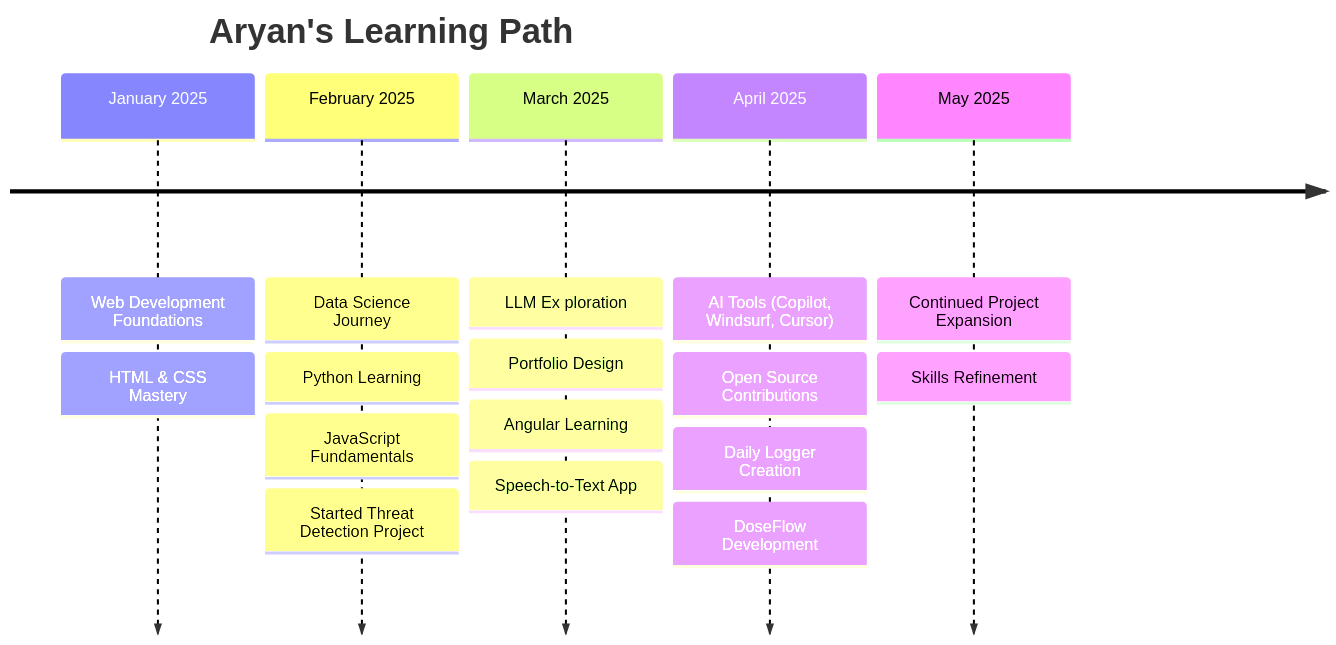
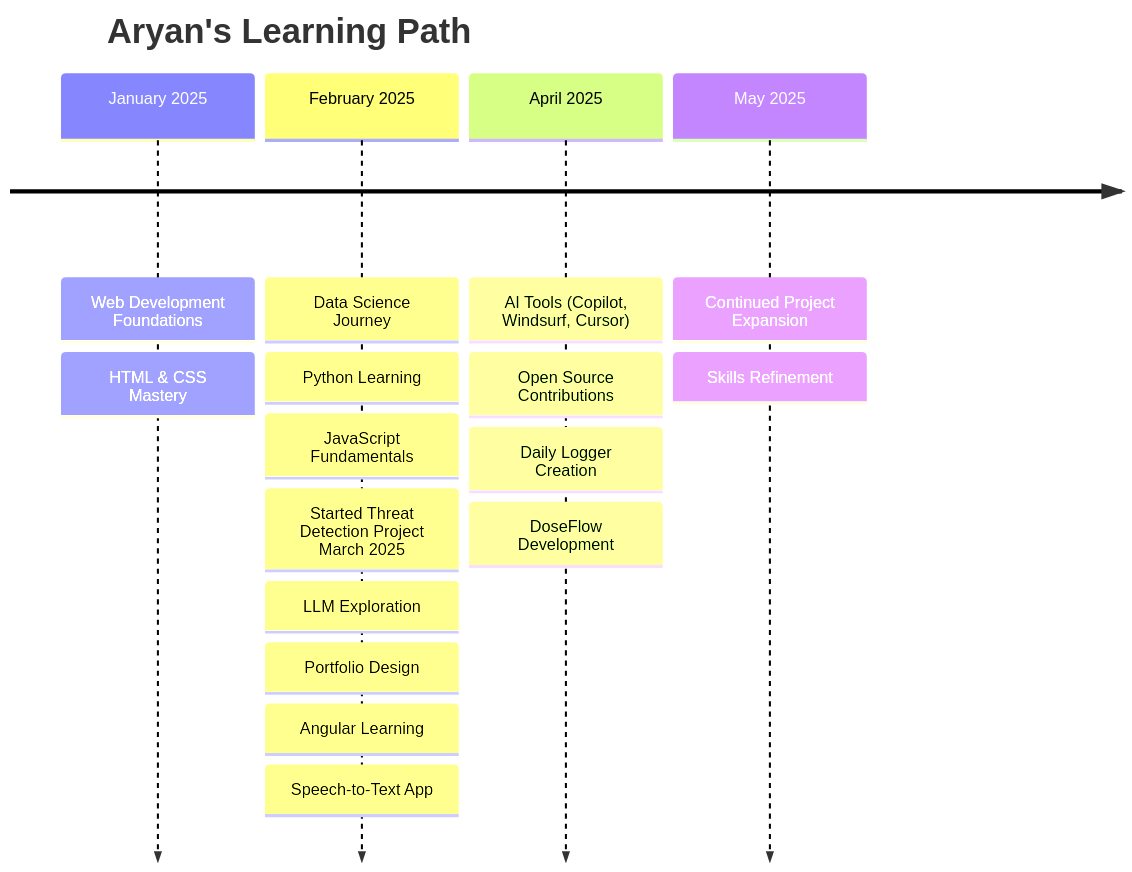
The diagram in README.md (aryan-dani/aryan-dani), drawn with Mermaid before and after one commit. The commit also changed other lines of this file, not shown here.

Commit message:
Update README.md: Consolidate timeline entries and adjust GitHub stats card to include all commits

````diff
--- a/README.md
+++ b/README.md
@@ -269,25 +269,24 @@
 ```mermaid
 timeline
     title Aryan's Learning Path
     January 2025
         : Web Development Foundations
         : HTML & CSS Mastery
     February 2025
         : Data Science Journey
         : Python Learning
         : JavaScript Fundamentals
-        : Started Threat Detection Project
-    March 2025
-        : LLM Ex  ploration
+        : Started Threat Detection Project    March 2025
+        : LLM Exploration
         : Portfolio Design
         : Angular Learning
         : Speech-to-Text App
     April 2025
         : AI Tools (Copilot, Windsurf, Cursor)
         : Open Source Contributions
         : Daily Logger Creation
         : DoseFlow Development
     May 2025
         : Continued Project Expansion
         : Skills Refinement
 ```
````
